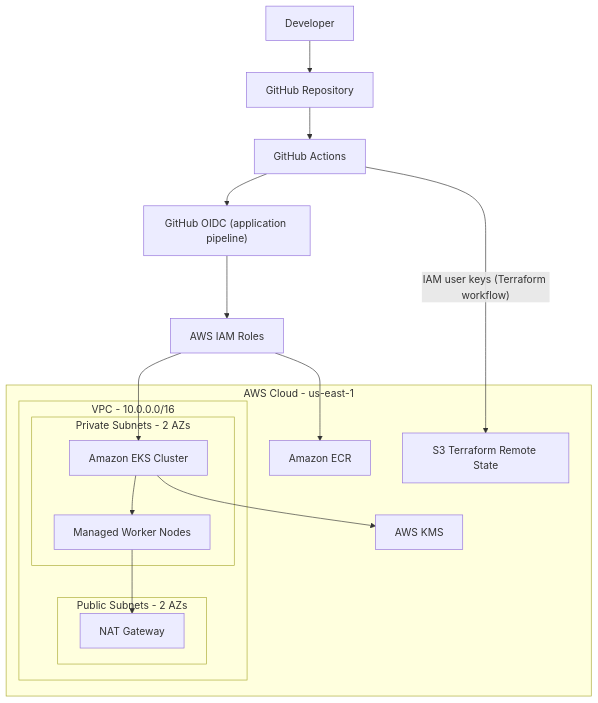
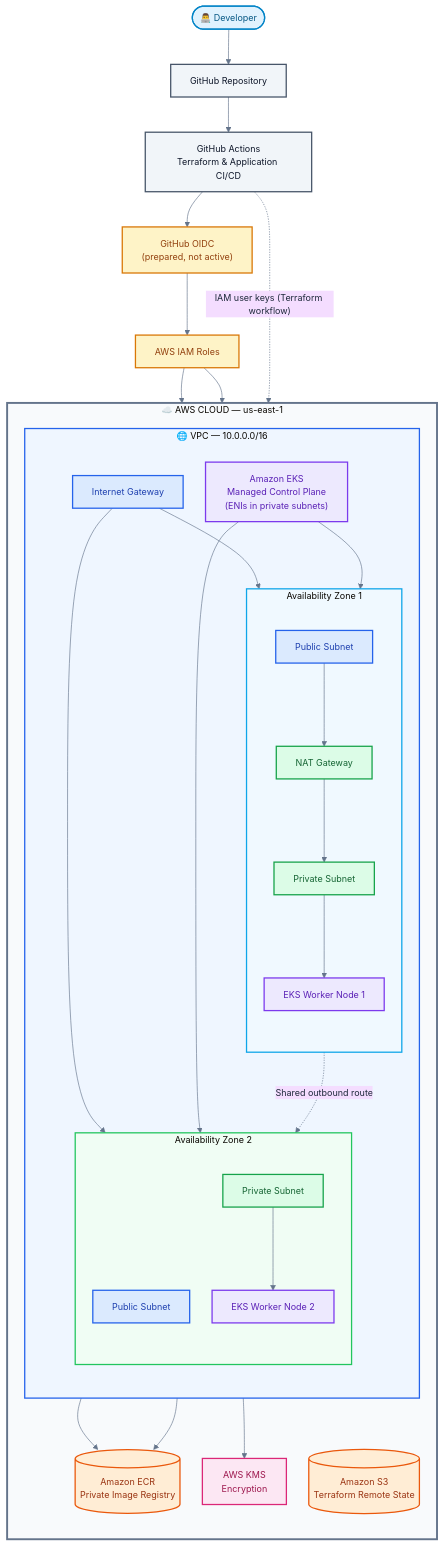
One commit to sabo1166/first-terraform-aws-eks-cicd-platform changed the diagram in README.md. Above: the diagram before and after it, drawn with Mermaid. The commit also changed other lines of this file, not shown here.

Commit message:
Update README architecture diagram and authentication description
Replace the Architecture section with the new multi-AZ Mermaid diagram,
and describe AWS access keys as the active authentication method. GitHub
OIDC is documented as prepared in Terraform but not active.

````diff
--- a/README.md
+++ b/README.md
@@ -49,32 +51,86 @@
 ```mermaid
+%%{init: {'theme':'base','themeVariables':{'fontFamily':'Arial','fontSize':'14px','lineColor':'#64748b','primaryTextColor':'#1e293b'},'flowchart':{'curve':'basis','nodeSpacing':35,'rankSpacing':55}}}%%
 flowchart TB
-    DEV["Developer"] --> GH["GitHub Repository"]
-    GH --> GA["GitHub Actions"]
-    GA --> OIDC["GitHub OIDC (application pipeline)"]
-    OIDC --> IAM["AWS IAM Roles"]
 
-    subgraph AWS["AWS Cloud - us-east-1"]
-        subgraph VPC["VPC - 10.0.0.0/16"]
-            subgraph PUBLIC["Public Subnets - 2 AZs"]
-                NAT["NAT Gateway"]
-            end
+    DEV(["👨‍💻 Developer"])
+    GH["GitHub Repository"]
+    GHA["GitHub Actions<br/>Terraform & Application CI/CD"]
+    OIDC["GitHub OIDC<br/>(prepared, not active)"]
+    IAM["AWS IAM Roles"]
 
-            subgraph PRIVATE["Private Subnets - 2 AZs"]
-                EKS["Amazon EKS Cluster"]
-                NODES["Managed Worker Nodes"]
-            end
+    DEV --> GH
+    GH --> GHA
+    GHA --> OIDC
+    OIDC --> IAM
 
-            EKS --> NODES
-            NODES --> NAT
+    subgraph AWS["☁️ AWS CLOUD — us-east-1"]
+      direction TB
+
+      S3[("Amazon S3<br/>Terraform Remote State")]
+      ECR[("Amazon ECR<br/>Private Image Registry")]
+      KMS["AWS KMS<br/>Encryption"]
+
+      subgraph VPC["🌐 VPC — 10.0.0.0/16"]
+        direction TB
+
+        IGW["Internet Gateway"]
+
+        subgraph AZ1["Availability Zone 1"]
+          direction TB
+          PUB1["Public Subnet"]
+          NAT["NAT Gateway"]
+          PRIV1["Private Subnet"]
+          NODE1["EKS Worker Node 1"]
+          PUB1 --> NAT
+          PRIV1 --> NODE1
         end
 
-        ECR["Amazon ECR"]
-        KMS["AWS KMS"]
-        S3["S3 Terraform Remote State"]
+        subgraph AZ2["Availability Zone 2"]
+          direction TB
+          PUB2["Public Subnet"]
+          PRIV2["Private Subnet"]
+          NODE2["EKS Worker Node 2"]
+          PRIV2 --> NODE2
+        end
+
+        EKS["Amazon EKS<br/>Managed Control Plane<br/>(ENIs in private subnets)"]
+
+        IGW --> PUB1
+        IGW --> PUB2
+        NAT --> PRIV1
+        NAT -. "Shared outbound route" .-> PRIV2
+        EKS --> NODE1
+        EKS --> NODE2
+      end
     end
 
     IAM --> EKS
     IAM --> ECR
-    GA -->|"IAM user keys (Terraform workflow)"| S3
+    GHA -. "IAM user keys (Terraform workflow)" .-> S3
+    NODE1 --> ECR
+    NODE2 --> ECR
     EKS --> KMS
+
+    classDef developer fill:#e0f2fe,stroke:#0284c7,color:#075985,stroke-width:2px;
+    classDef github fill:#f1f5f9,stroke:#475569,color:#0f172a,stroke-width:2px;
+    classDef identity fill:#fef3c7,stroke:#d97706,color:#92400e,stroke-width:2px;
+    classDef network fill:#dbeafe,stroke:#2563eb,color:#1e40af,stroke-width:2px;
+    classDef private fill:#dcfce7,stroke:#16a34a,color:#166534,stroke-width:2px;
+    classDef kubernetes fill:#ede9fe,stroke:#7c3aed,color:#5b21b6,stroke-width:2px;
+    classDef storage fill:#ffedd5,stroke:#ea580c,color:#9a3412,stroke-width:2px;
+    classDef security fill:#fce7f3,stroke:#db2777,color:#9d174d,stroke-width:2px;
+
+    class DEV developer;
+    class GH,GHA github;
+    class OIDC,IAM identity;
+    class IGW,PUB1,PUB2 network;
+    class PRIV1,PRIV2,NAT private;
+    class EKS,NODE1,NODE2 kubernetes;
+    class S3,ECR storage;
+    class KMS security;
+
+    style AWS fill:#f8fafc,stroke:#64748b,stroke-width:3px
+    style VPC fill:#eff6ff,stroke:#2563eb,stroke-width:2px
+    style AZ1 fill:#f0f9ff,stroke:#0ea5e9,stroke-width:2px
+    style AZ2 fill:#f0fdf4,stroke:#22c55e,stroke-width:2px
 ```
````
